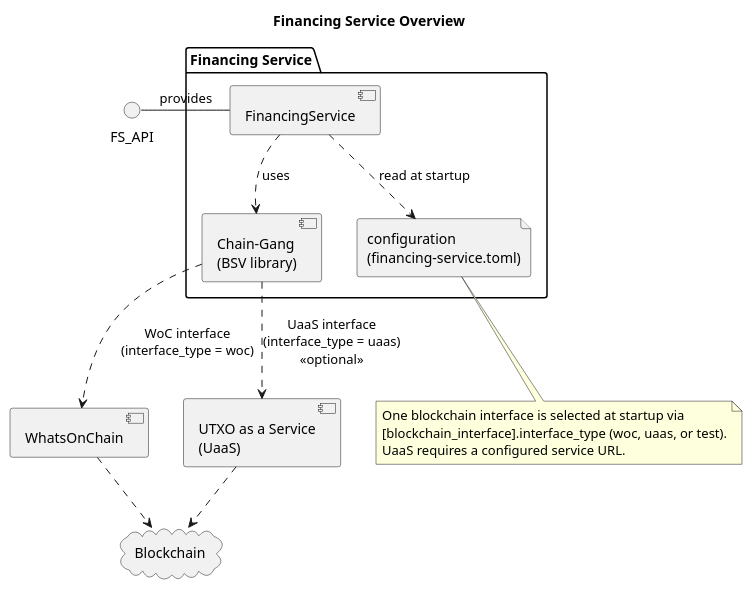
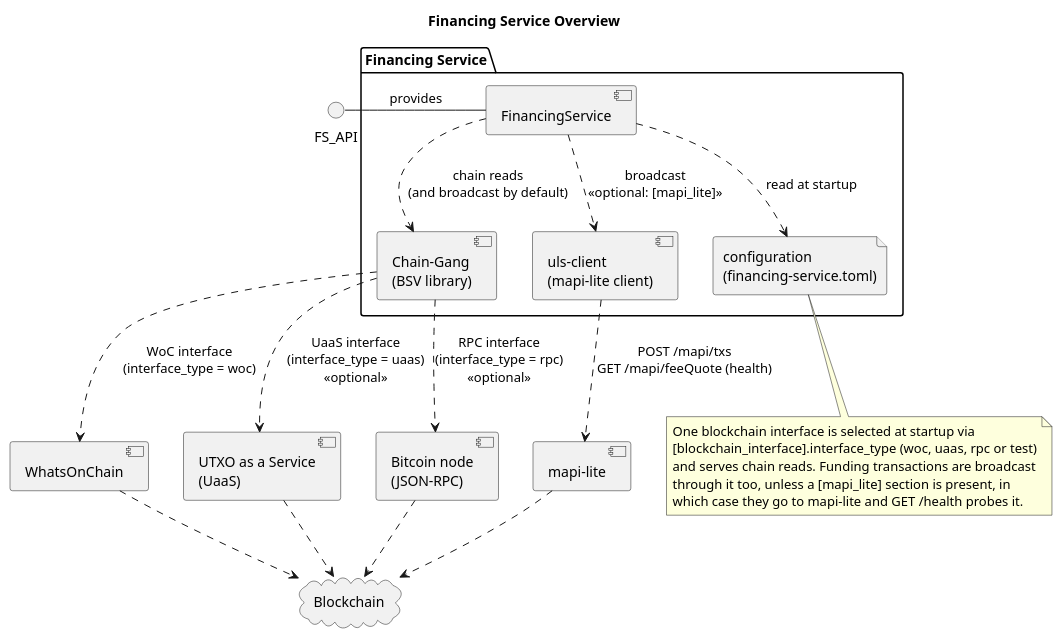
The diagram in docs/diagrams/overview.puml (nchain-innovation/financing-service), drawn with PlantUML before and after one commit. The commit also changed 28 other files, not shown here.

Commit message:
implement mapi-lite transaction broadcaster as secondary implementation

```diff
--- a/docs/diagrams/overview.puml
+++ b/docs/diagrams/overview.puml
@@ -1,31 +1,42 @@
 @startuml
 title Financing Service Overview
 
 interface FS_API
 package "Financing Service" {
     FS_API - [FinancingService] : provides
     [Chain-Gang\n(BSV library)]
+    [uls-client\n(mapi-lite client)]
     file "configuration\n(financing-service.toml)" as fs_toml
 
     [FinancingService] ..> fs_toml : read at startup
 }
 
 cloud "Blockchain" {
 }
 
-[FinancingService] ..> [Chain-Gang\n(BSV library)] : uses
+[FinancingService] ..> [Chain-Gang\n(BSV library)] : chain reads\n(and broadcast by default)
+
+[FinancingService] ..> [uls-client\n(mapi-lite client)] : broadcast\n<<optional: [mapi_lite]>>
 
 [Chain-Gang\n(BSV library)] ..> [WhatsOnChain] : WoC interface\n(interface_type = woc)
 
 [Chain-Gang\n(BSV library)] ..> [UTXO as a Service\n(UaaS)] : UaaS interface\n(interface_type = uaas)\n<<optional>>
 
+[Chain-Gang\n(BSV library)] ..> [Bitcoin node\n(JSON-RPC)] : RPC interface\n(interface_type = rpc)\n<<optional>>
+
+[uls-client\n(mapi-lite client)] ..> [mapi-lite] : POST /mapi/txs\nGET /mapi/feeQuote (health)
+
 [WhatsOnChain] ..> Blockchain
 [UTXO as a Service\n(UaaS)] ..> Blockchain
+[Bitcoin node\n(JSON-RPC)] ..> Blockchain
+[mapi-lite] ..> Blockchain
 
 note bottom of fs_toml
   One blockchain interface is selected at startup via
-  [blockchain_interface].interface_type (woc, uaas, or test).
-  UaaS requires a configured service URL.
+  [blockchain_interface].interface_type (woc, uaas, rpc or test)
+  and serves chain reads. Funding transactions are broadcast
+  through it too, unless a [mapi_lite] section is present, in
+  which case they go to mapi-lite and GET /health probes it.
 end note
 
 @enduml
```
